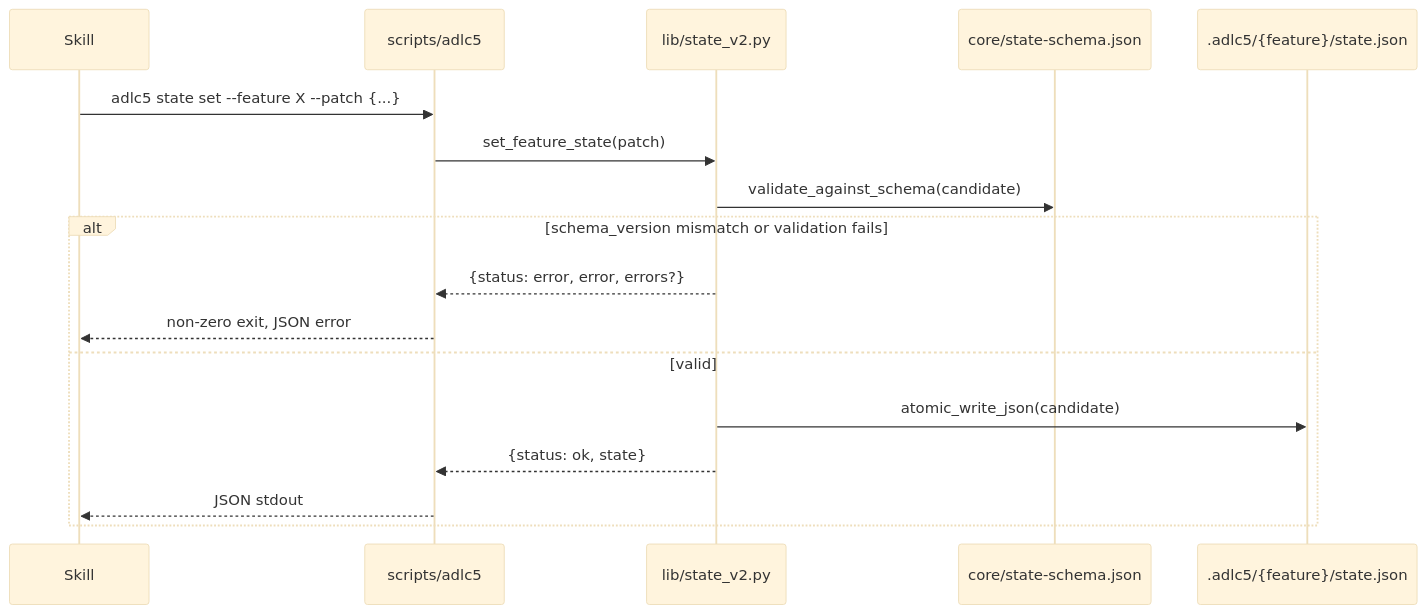
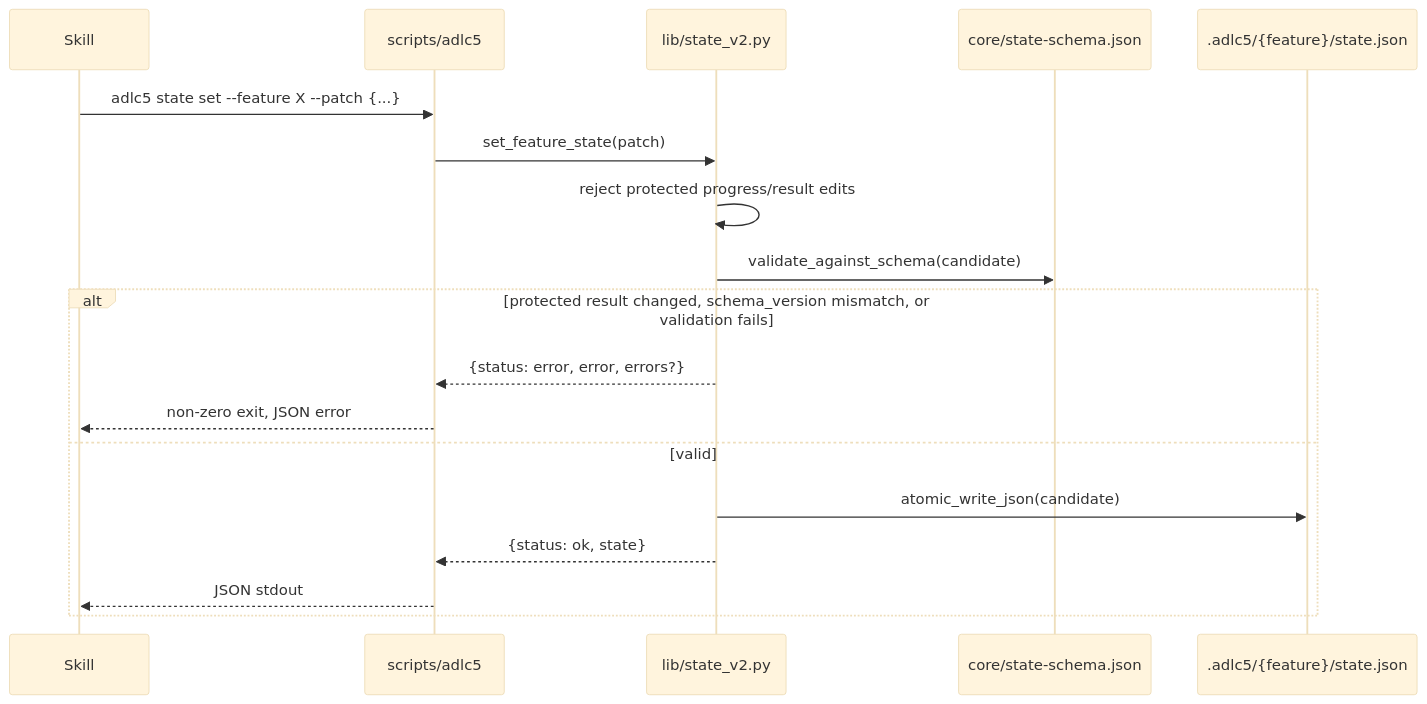
Before and after one commit to dango-tech/adlc5: the second of 2 diagrams in docs/ADLC5-kernel.md, drawn with Mermaid (base theme). The commit also changed other lines of this file and 6 other files, not shown here.

````diff
--- a/docs/ADLC5-kernel.md
+++ b/docs/ADLC5-kernel.md
@@ -72,20 +70,21 @@
 ```mermaid
 sequenceDiagram
     participant Skill
     participant CLI as scripts/adlc5
     participant Lib as lib/state_v2.py
     participant Schema as core/state-schema.json
     participant FS as .adlc5/{feature}/state.json
 
     Skill->>CLI: adlc5 state set --feature X --patch {...}
     CLI->>Lib: set_feature_state(patch)
+    Lib->>Lib: reject protected progress/result edits
     Lib->>Schema: validate_against_schema(candidate)
-    alt schema_version mismatch or validation fails
+    alt protected result changed, schema_version mismatch, or validation fails
         Lib-->>CLI: {status: error, error, errors?}
         CLI-->>Skill: non-zero exit, JSON error
     else valid
         Lib->>FS: atomic_write_json(candidate)
         Lib-->>CLI: {status: ok, state}
         CLI-->>Skill: JSON stdout
     end
 ```
````
